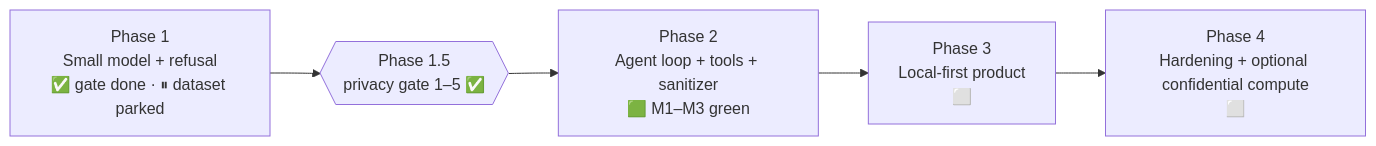
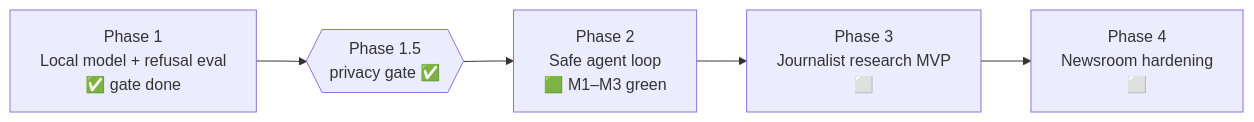
Before and after one commit to 9lordisgod/salomon: the second of 2 diagrams in README.md, drawn with Mermaid. The commit also changed other lines of this file and 2 other files, not shown here.

Commit message:
docs: reposition Salomon as local research agent for journalists that protects sources

````diff
--- a/README.md
+++ b/README.md
@@ -87,7 +55,7 @@
 ```mermaid
 flowchart LR
-  P1["Phase 1<br/>Small model + refusal<br/>✅ gate done · ⏸ dataset parked"] --> G{{"Phase 1.5<br/>privacy gate 1–5 ✅"}}
-  G --> P2["Phase 2<br/>Agent loop + tools + sanitizer<br/>🟩 M1–M3 green"]
-  P2 --> P3["Phase 3<br/>Local-first product<br/>⬜"]
-  P3 --> P4["Phase 4<br/>Hardening + optional confidential compute<br/>⬜"]
+  P1["Phase 1<br/>Local model + refusal eval<br/>✅ gate done"] --> G{{"Phase 1.5<br/>privacy gate ✅"}}
+  G --> P2["Phase 2<br/>Safe agent loop<br/>🟩 M1–M3 green"]
+  P2 --> P3["Phase 3<br/>Journalist research MVP<br/>⬜"]
+  P3 --> P4["Phase 4<br/>Newsroom hardening<br/>⬜"]
 ```
````
